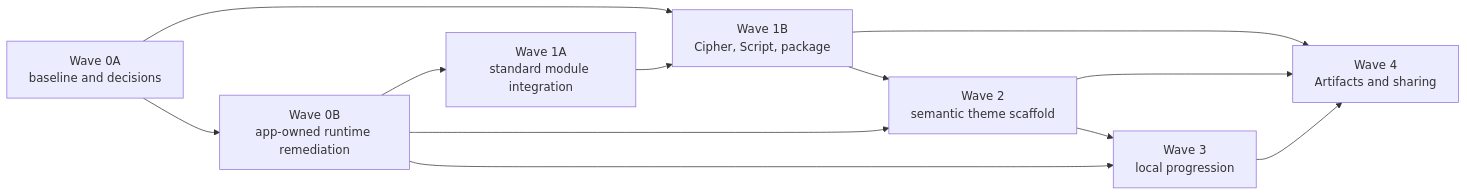
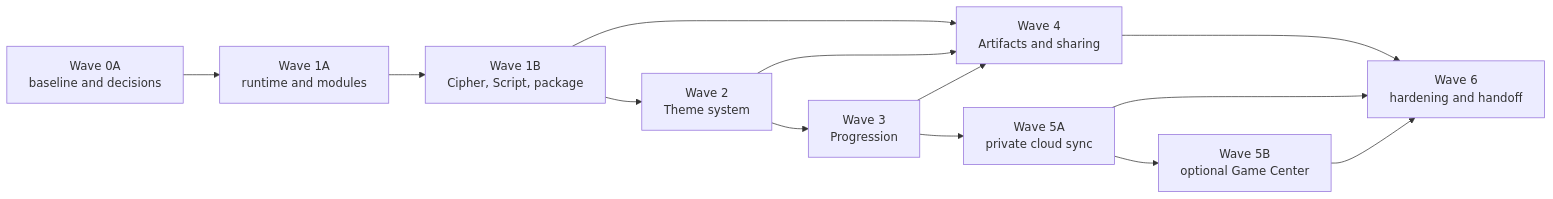
The diagram in docs/architecture/RoadmapAlignment.md (flynn33/rune-scribe), drawn with Mermaid before and after one commit. The commit also changed other lines of this file and 339 other files, not shown here.

Commit message:
Complete roadmap implementation rails

````diff
--- a/docs/architecture/RoadmapAlignment.md
+++ b/docs/architecture/RoadmapAlignment.md
@@ -82,14 +80,15 @@
 ```mermaid
 flowchart LR
-    BAS["Wave 0A<br/>baseline and decisions"] --> FOR["Wave 0B<br/>app-owned runtime remediation"]
-    BAS --> DOM["Wave 1B<br/>Cipher, Script, package"]
-    FOR --> MOD["Wave 1A<br/>standard module integration"]
-    MOD --> DOM
-    DOM --> THM["Wave 2<br/>semantic theme scaffold"]
-    FOR --> THM
-    THM --> PRO["Wave 3<br/>local progression"]
-    FOR --> PRO
+    BAS["Wave 0A<br/>baseline and decisions"] --> MOD["Wave 1A<br/>runtime and modules"]
+    MOD --> DOM["Wave 1B<br/>Cipher, Script, package"]
+    DOM --> THM["Wave 2<br/>Theme system"]
+    THM --> PRO["Wave 3<br/>Progression"]
     DOM --> SHR["Wave 4<br/>Artifacts and sharing"]
     THM --> SHR
     PRO --> SHR
+    PRO --> CLD["Wave 5A<br/>private cloud sync"]
+    CLD --> GC["Wave 5B<br/>optional Game Center"]
+    SHR --> REL["Wave 6<br/>hardening and handoff"]
+    CLD --> REL
+    GC --> REL
 ```
````
